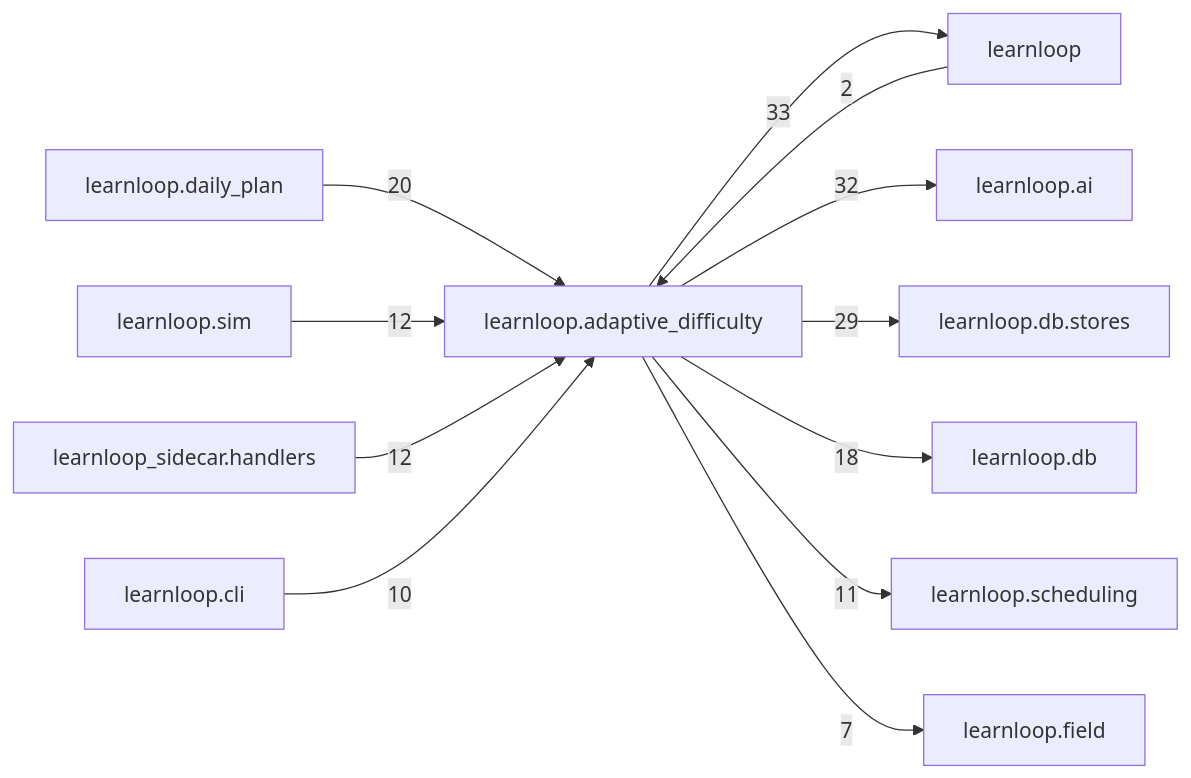
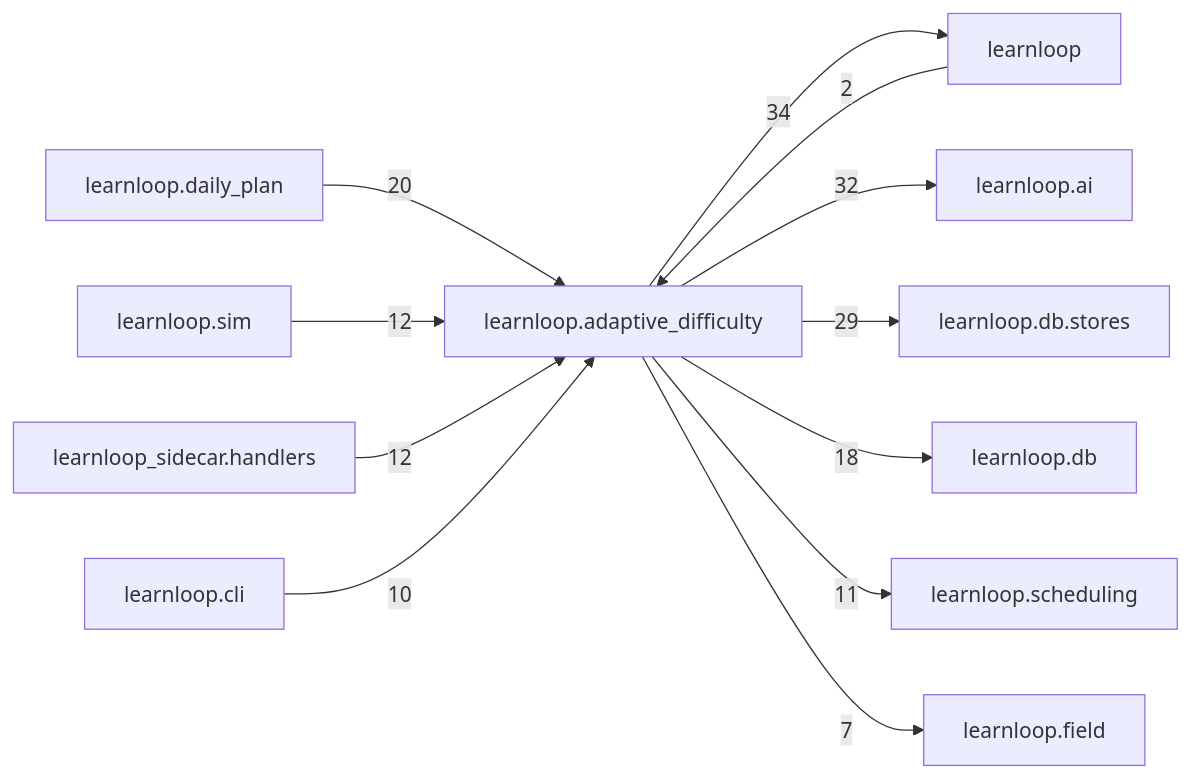
One commit to 6up-b/learnanything changed the diagram in docs/learnloop-architecture-vault/Reference/Modules/learnloop/adaptive_difficulty/_package.md. Above: the diagram before and after it, drawn with Mermaid. The commit also changed other lines of this file and 535 other files, not shown here.

Commit message:
TE3a landing, references: the architecture reference regenerated on the merged tree (DB and configuration reference, head 249, 1181 effective leaves with the two prose counts; desktop and module catalogs; vault validated)

````diff
--- a/docs/learnloop-architecture-vault/Reference/Modules/learnloop/adaptive_difficulty/_package.md
+++ b/docs/learnloop-architecture-vault/Reference/Modules/learnloop/adaptive_difficulty/_package.md
@@ -181,25 +183,25 @@
 ```mermaid
 flowchart LR
     center["learnloop.adaptive_difficulty"]
     n_learnloop["learnloop"]
     n_learnloop_ai["learnloop.ai"]
     n_learnloop_db_stores["learnloop.db.stores"]
     n_learnloop_daily_plan["learnloop.daily_plan"]
     n_learnloop_db["learnloop.db"]
     n_learnloop_sim["learnloop.sim"]
     n_learnloop_sidecar_handlers["learnloop_sidecar.handlers"]
     n_learnloop_scheduling["learnloop.scheduling"]
     n_learnloop_cli["learnloop.cli"]
     n_learnloop_field["learnloop.field"]
     n_learnloop -->|2| center
-    center -->|33| n_learnloop
+    center -->|34| n_learnloop
     center -->|32| n_learnloop_ai
     center -->|29| n_learnloop_db_stores
     n_learnloop_daily_plan -->|20| center
     center -->|18| n_learnloop_db
     n_learnloop_sim -->|12| center
     n_learnloop_sidecar_handlers -->|12| center
     center -->|11| n_learnloop_scheduling
     n_learnloop_cli -->|10| center
     center -->|7| n_learnloop_field
 ```
````
